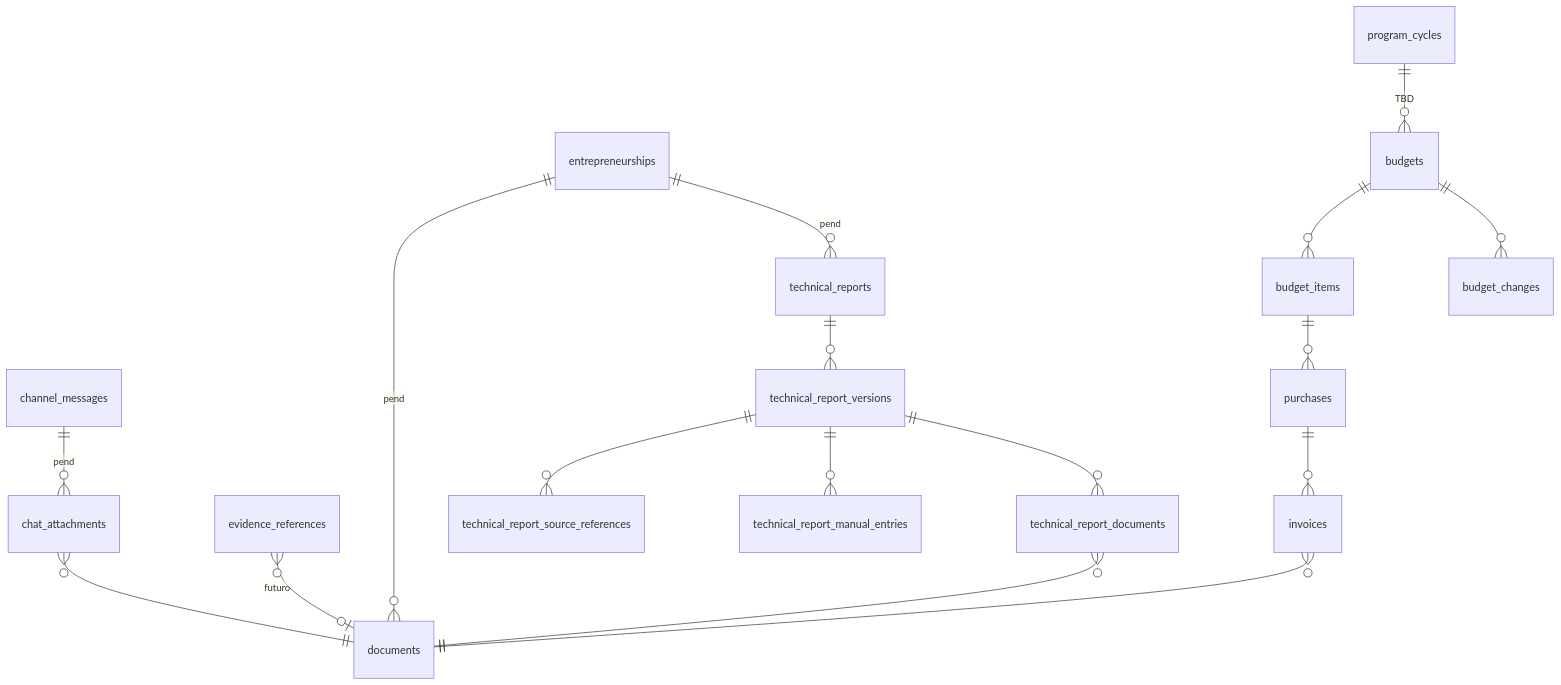
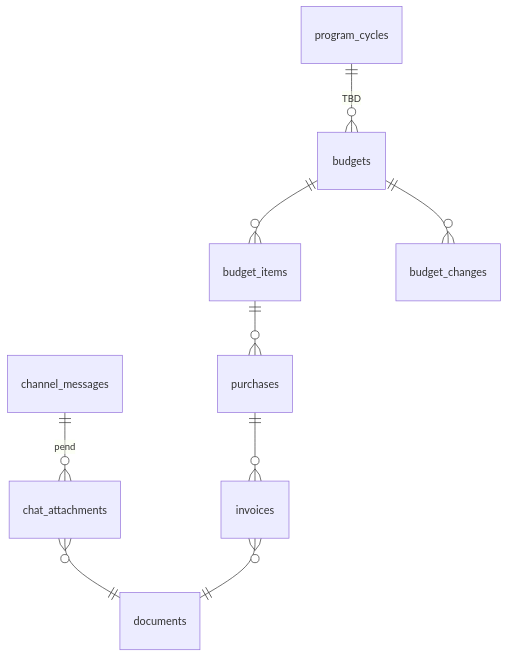
One commit to TEC-Emprende-Lab/SIA changed the second of 2 diagrams in docs/00-nucleo-comun/modelo-de-datos-detallado.md. Above: the diagram before and after it, drawn with Mermaid. The commit also changed other lines of this file and 27 other files, not shown here.

````diff
--- a/docs/00-nucleo-comun/modelo-de-datos-detallado.md
+++ b/docs/00-nucleo-comun/modelo-de-datos-detallado.md
@@ -640,21 +628,13 @@
 ```mermaid
 erDiagram
-    entrepreneurships ||--o{ documents : "pend"
     channel_messages ||--o{ chat_attachments : "pend"
     chat_attachments }o--|| documents : ""
-    evidence_references }o--o| documents : "futuro"
 
     program_cycles ||--o{ budgets : "TBD"
     budgets ||--o{ budget_items : ""
     budget_items ||--o{ purchases : ""
     purchases ||--o{ invoices : ""
     budgets ||--o{ budget_changes : ""
     invoices }o--|| documents : ""
 
-    entrepreneurships ||--o{ technical_reports : "pend"
-    technical_reports ||--o{ technical_report_versions : ""
-    technical_report_versions ||--o{ technical_report_source_references : ""
-    technical_report_versions ||--o{ technical_report_manual_entries : ""
-    technical_report_versions ||--o{ technical_report_documents : ""
-    technical_report_documents }o--|| documents : ""
 ```
````
